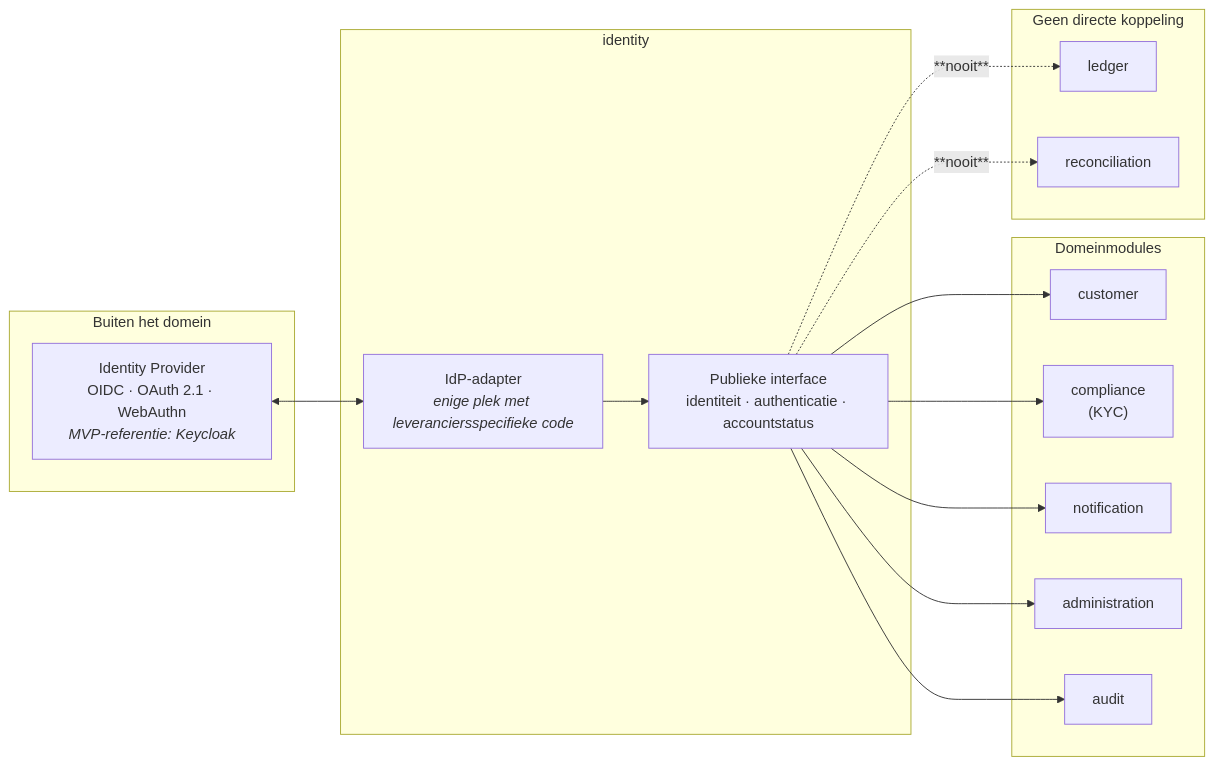
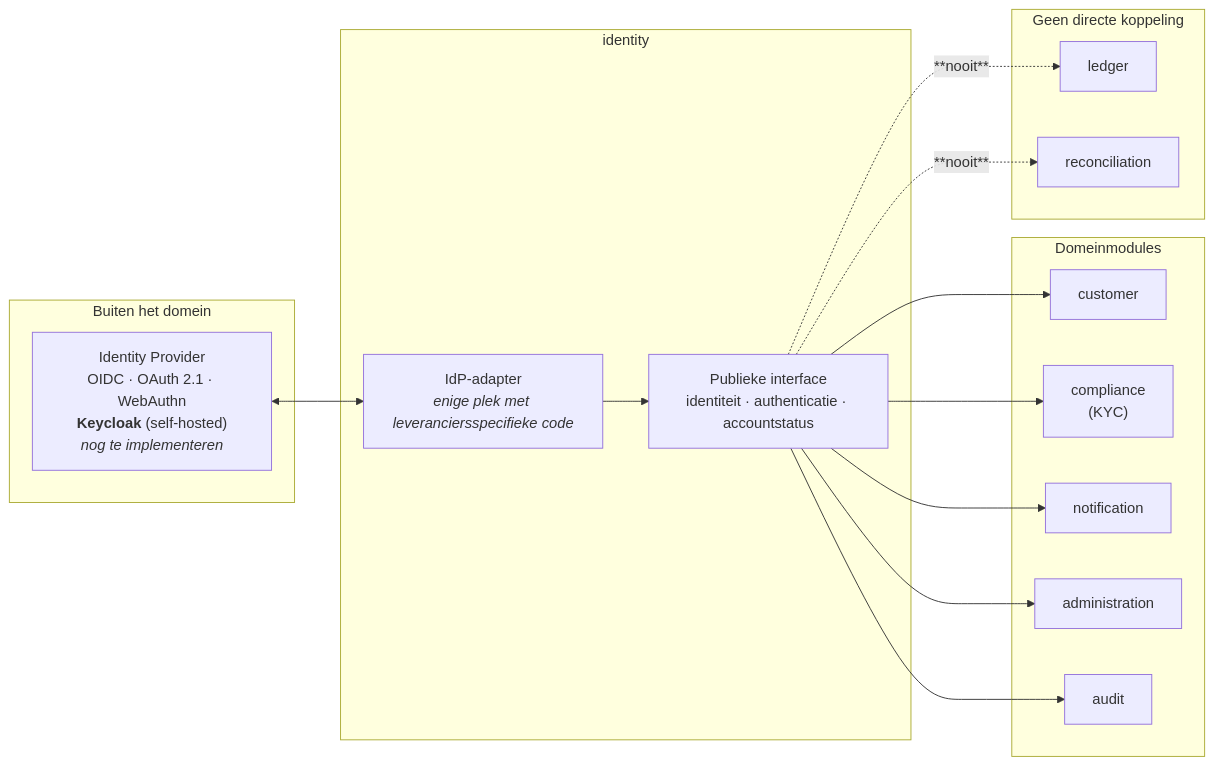
Before and after one commit to WildcatKSS/SolidYield: the first of 2 diagrams in docs/architecture/adr/0004-identity-and-access-management.md, drawn with Mermaid. The commit also changed other lines of this file and 14 other files, not shown here.

````diff
--- a/docs/architecture/adr/0004-identity-and-access-management.md
+++ b/docs/architecture/adr/0004-identity-and-access-management.md
@@ -54,31 +59,31 @@
 ```mermaid
 graph LR
     subgraph ext["Buiten het domein"]
-        IDP["Identity Provider<br/>OIDC · OAuth 2.1 · WebAuthn<br/><i>MVP-referentie: Keycloak</i>"]
+        IDP["Identity Provider<br/>OIDC · OAuth 2.1 · WebAuthn<br/><b>Keycloak</b> (self-hosted)<br/><i>nog te implementeren</i>"]
     end
     subgraph id["identity"]
         ADAPT["IdP-adapter<br/><i>enige plek met leveranciersspecifieke code</i>"]
         API["Publieke interface<br/>identiteit · authenticatie · accountstatus"]
     end
     subgraph dom["Domeinmodules"]
         CUST["customer"]
         COMP["compliance<br/>(KYC)"]
         NOTIF["notification"]
         ADMIN["administration"]
         AUD["audit"]
     end
     subgraph nolink["Geen directe koppeling"]
         LEDG["ledger"]
         RECON["reconciliation"]
     end
 
     IDP <--> ADAPT
     ADAPT --> API
     API --> CUST
     API --> COMP
     API --> NOTIF
     API --> ADMIN
     API --> AUD
     API -.->|"**nooit**"| LEDG
     API -.->|"**nooit**"| RECON
 ```
````
